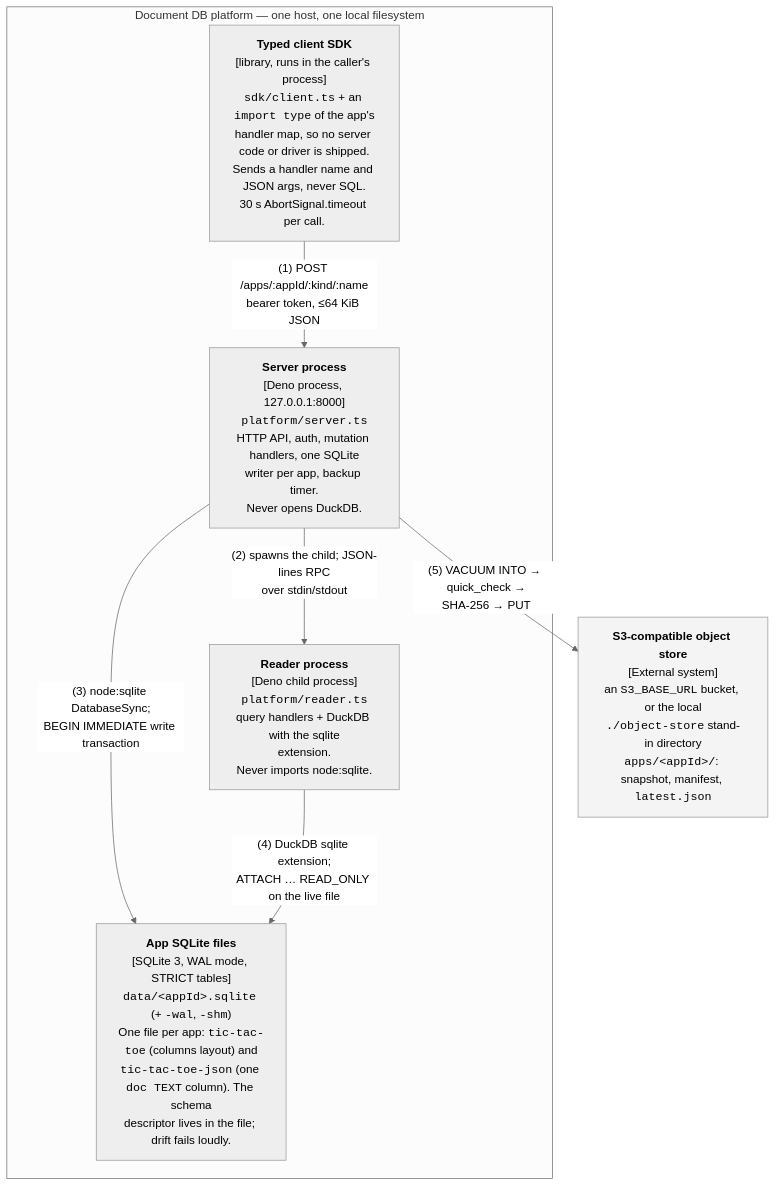
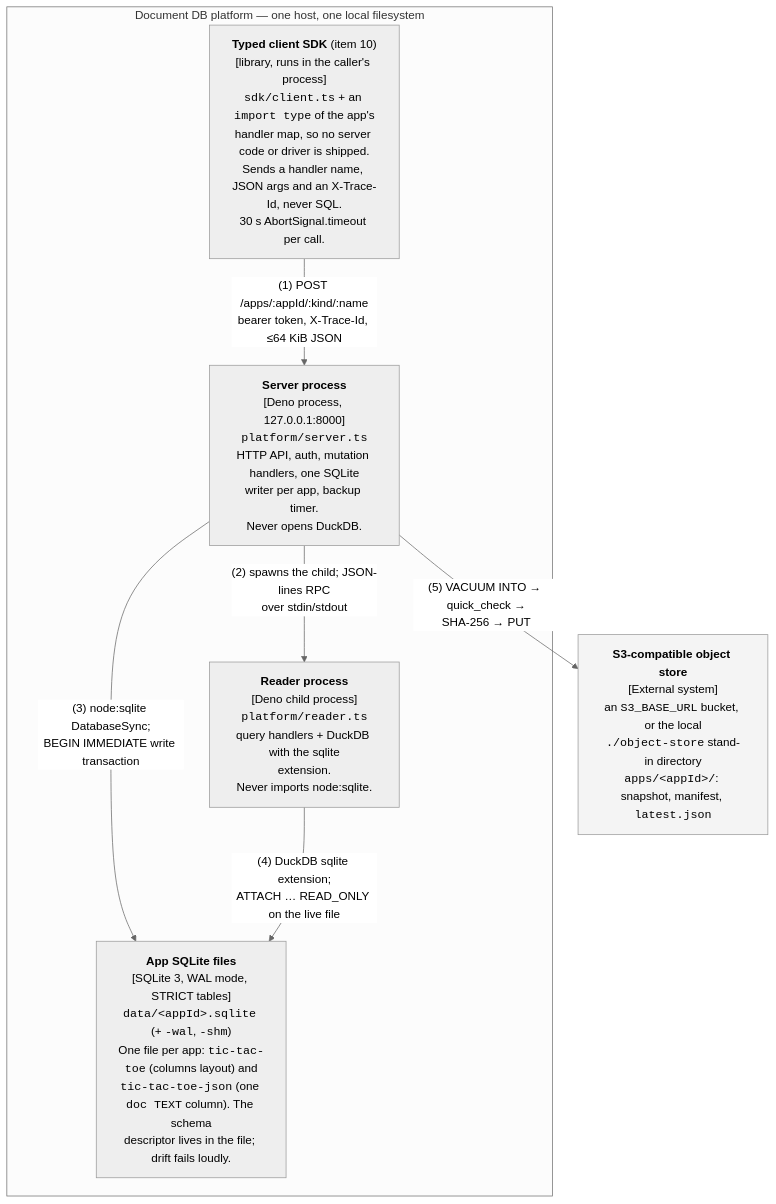
Before and after one commit to nickstrad/ts-db: the diagram in docs/architecture/c4-container-platform.github.md, drawn with Mermaid (neutral theme). The commit also changed other lines of this file and 12 other files, not shown here.

First line of the commit message:
docs: C4 diagram audit — sync with items 01-14

````diff
--- a/docs/architecture/c4-container-platform.github.md
+++ b/docs/architecture/c4-container-platform.github.md
@@ -18,21 +20,21 @@
 ```mermaid
 flowchart TB
     subgraph host["Document DB platform — one host, one local filesystem"]
-        sdk["<b>Typed client SDK</b><br/>[library, runs in the caller's process]<br/><code>sdk/client.ts</code> + an <code>import type</code> of the app's<br/>handler map, so no server code or driver is shipped.<br/>Sends a handler name and JSON args, never SQL.<br/>30 s AbortSignal.timeout per call."]
+        sdk["<b>Typed client SDK</b> (item 10)<br/>[library, runs in the caller's process]<br/><code>sdk/client.ts</code> + an <code>import type</code> of the app's<br/>handler map, so no server code or driver is shipped.<br/>Sends a handler name, JSON args and an X-Trace-Id, never SQL.<br/>30 s AbortSignal.timeout per call."]
         server["<b>Server process</b><br/>[Deno process, 127.0.0.1:8000]<br/><code>platform/server.ts</code><br/>HTTP API, auth, mutation handlers, one SQLite<br/>writer per app, backup timer.<br/>Never opens DuckDB."]
         reader["<b>Reader process</b><br/>[Deno child process]<br/><code>platform/reader.ts</code><br/>query handlers + DuckDB with the sqlite<br/>extension.<br/>Never imports node:sqlite."]
         files["<b>App SQLite files</b><br/>[SQLite 3, WAL mode, STRICT tables]<br/><code>data/&lt;appId&gt;.sqlite</code> (+ <code>-wal</code>, <code>-shm</code>)<br/>One file per app: <code>tic-tac-toe</code> (columns layout) and<br/><code>tic-tac-toe-json</code> (one <code>doc TEXT</code> column). The schema<br/>descriptor lives in the file; drift fails loudly."]
     end
 
     store["<b>S3-compatible object store</b><br/>[External system]<br/>an <code>S3_BASE_URL</code> bucket, or the local<br/><code>./object-store</code> stand-in directory<br/><code>apps/&lt;appId&gt;/</code>: snapshot, manifest, <code>latest.json</code>"]
 
-    sdk -->|"(1) POST /apps/:appId/:kind/:name<br/>bearer token, ≤64 KiB JSON"| server
+    sdk -->|"(1) POST /apps/:appId/:kind/:name<br/>bearer token, X-Trace-Id, ≤64 KiB JSON"| server
     server -->|"(2) spawns the child; JSON-lines RPC<br/>over stdin/stdout"| reader
     server -->|"(3) node:sqlite DatabaseSync;<br/>BEGIN IMMEDIATE write transaction"| files
     reader -->|"(4) DuckDB sqlite extension;<br/>ATTACH … READ_ONLY on the live file"| files
     server -->|"(5) VACUUM INTO → quick_check →<br/>SHA-256 → PUT"| store
 
     classDef planned stroke-dasharray: 5 3
     classDef external fill:#f4f4f4
     class store external
 ```
````
